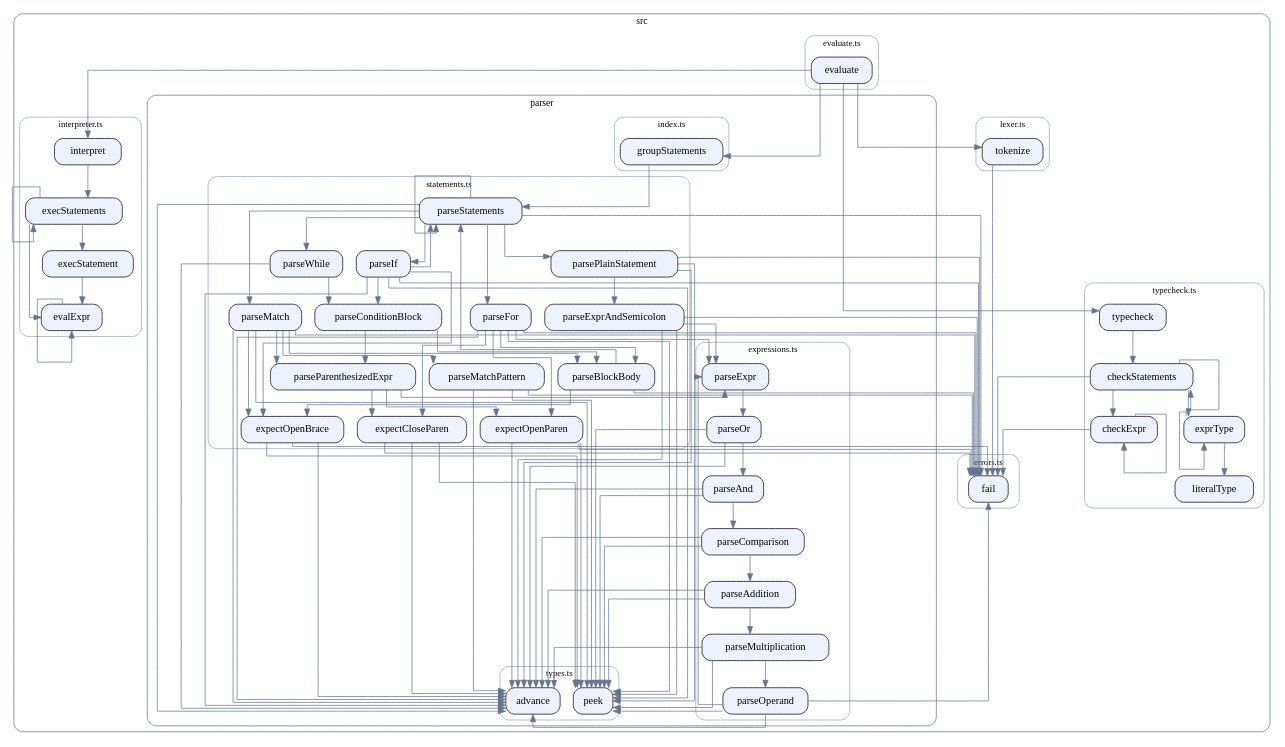
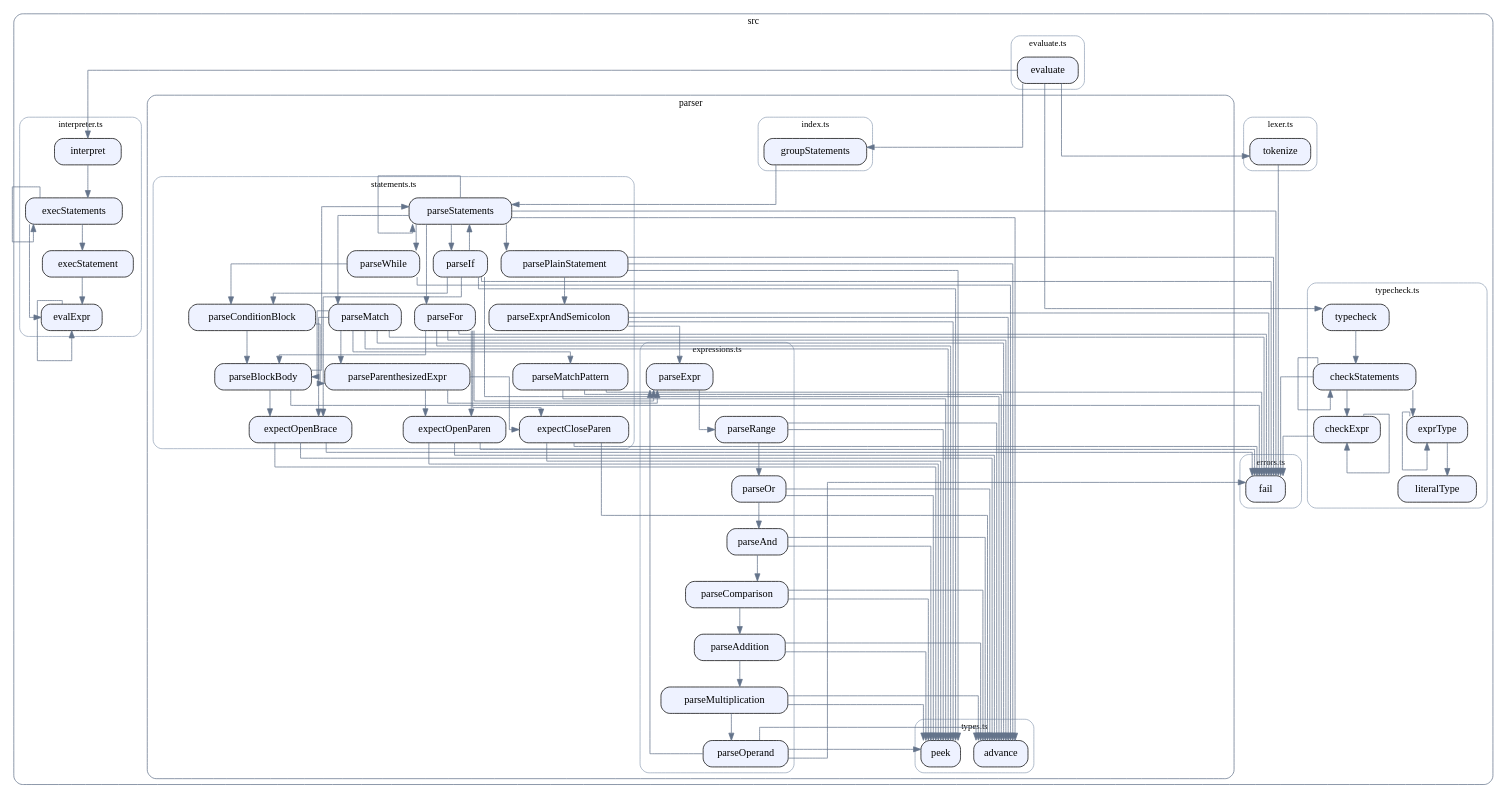
Before and after one commit to SirMathhman/Tuff: the diagram in docs/callgraph.dot, drawn with Graphviz. The commit also changed 11 other files, not shown here.

```diff
--- a/docs/callgraph.dot
+++ b/docs/callgraph.dot
@@ -69,6 +69,7 @@
     fontsize=12;
     label="expressions.ts";
     "src\\parser\\expressions.ts::parseExpr" [label="parseExpr"];
+    "src\\parser\\expressions.ts::parseRange" [label="parseRange"];
     "src\\parser\\expressions.ts::parseOr" [label="parseOr"];
     "src\\parser\\expressions.ts::parseAnd" [label="parseAnd"];
     "src\\parser\\expressions.ts::parseComparison" [label="parseComparison"];
@@ -127,7 +128,10 @@
   "src\\interpreter.ts::execStatements" -> "src\\interpreter.ts::execStatement";
   "src\\interpreter.ts::interpret" -> "src\\interpreter.ts::execStatements";
   "src\\lexer.ts::tokenize" -> "src\\errors.ts::fail";
-  "src\\parser\\expressions.ts::parseExpr" -> "src\\parser\\expressions.ts::parseOr";
+  "src\\parser\\expressions.ts::parseExpr" -> "src\\parser\\expressions.ts::parseRange";
+  "src\\parser\\expressions.ts::parseRange" -> "src\\parser\\expressions.ts::parseOr";
+  "src\\parser\\expressions.ts::parseRange" -> "src\\parser\\types.ts::peek";
+  "src\\parser\\expressions.ts::parseRange" -> "src\\parser\\types.ts::advance";
   "src\\parser\\expressions.ts::parseOr" -> "src\\parser\\expressions.ts::parseAnd";
   "src\\parser\\expressions.ts::parseOr" -> "src\\parser\\types.ts::peek";
   "src\\parser\\expressions.ts::parseOr" -> "src\\parser\\types.ts::advance";
```
